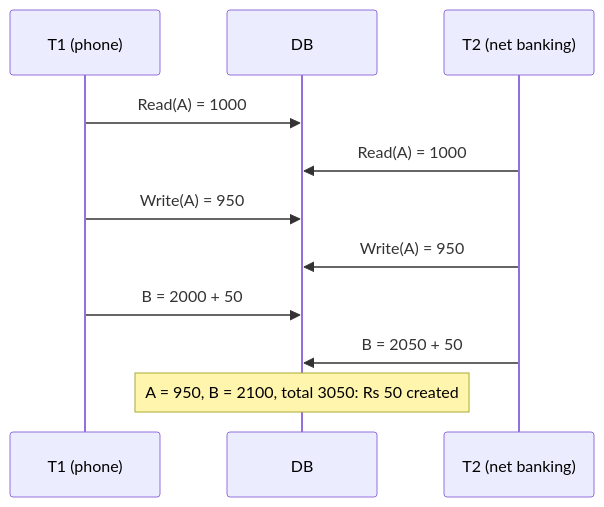
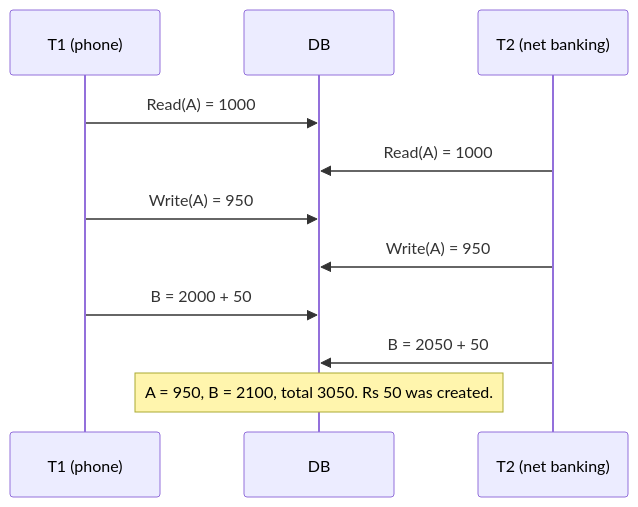
The fifth of 7 diagrams in dbms/12-transaction.md (aaryan-pradhan/core-cs-fundamentals), drawn with Mermaid before and after one commit. The commit also changed other lines of this file, not shown here.

````diff
--- a/dbms/12-transaction.md
+++ b/dbms/12-transaction.md
@@ -87,13 +83,13 @@
 ```mermaid
 sequenceDiagram
   participant T1 as T1 (phone)
   participant DB as DB
   participant T2 as T2 (net banking)
   T1->>DB: Read(A) = 1000
   T2->>DB: Read(A) = 1000
   T1->>DB: Write(A) = 950
   T2->>DB: Write(A) = 950
   T1->>DB: B = 2000 + 50
   T2->>DB: B = 2050 + 50
-  Note over DB: A = 950, B = 2100, total 3050: Rs 50 created
+  Note over DB: A = 950, B = 2100, total 3050. Rs 50 was created.
 ```
````
